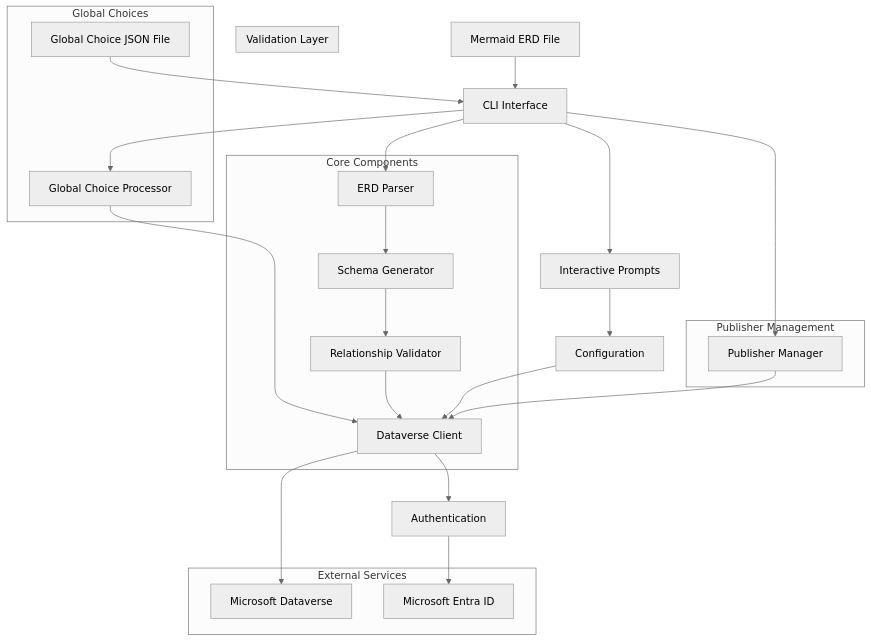
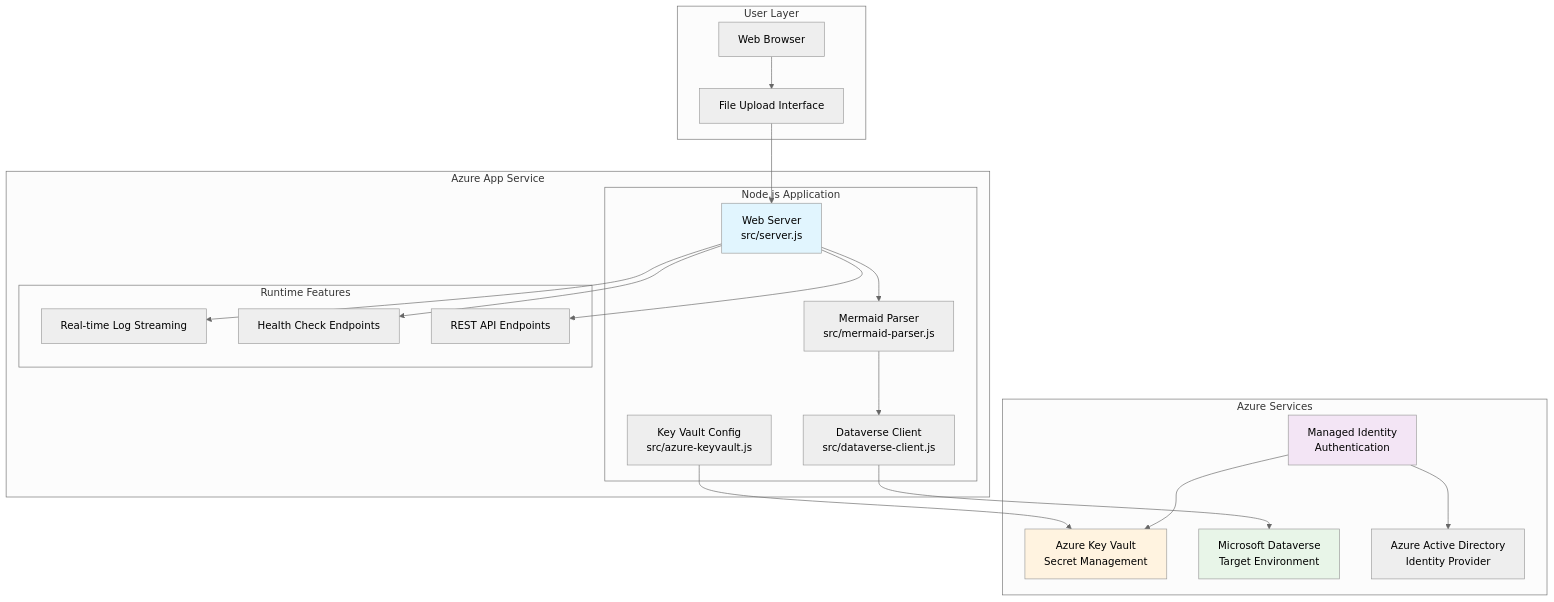
One commit to LuiseFreese/mermaid changed the first of 8 diagrams in docs/DEVELOPER.md. Above: the diagram before and after it, drawn with Mermaid (neutral theme). The commit also changed other lines of this file and 37 other files, not shown here.

Commit message:
:sparkles: introduces first draft of new approach as an Azure web app

````diff
--- a/docs/DEVELOPER.md
+++ b/docs/DEVELOPER.md
@@ -31,47 +31,47 @@
 ```mermaid
 graph TB
-    A[Mermaid ERD File] --> B[CLI Interface]
-    L[Global Choice JSON File] --> B
-    B --> C[ERD Parser]
-    C --> D[Schema Generator]
-    D --> E[Relationship Validator]
-    E --> F[Dataverse Client]
-    F --> G[Microsoft Dataverse]
-    
-    B --> H[Interactive Prompts]
-    H --> I[Configuration]
-    I --> F
-    
-    F --> J[Authentication]
-    J --> K[Microsoft Entra ID]
-    
-    subgraph "Core Components"
-        C
-        D
-        E
-        F
+    subgraph "User Layer"
+        USER[Web Browser]
+        UPLOAD[File Upload Interface]
     end
     
-    subgraph "External Services"
-        G
-        K
+    subgraph "Azure App Service"
+        subgraph "Node.js Application"
+            SERVER[Web Server<br/>src/server.js]
+            PARSER[Mermaid Parser<br/>src/mermaid-parser.js]
+            CLIENT[Dataverse Client<br/>src/dataverse-client.js]
+            VAULT[Key Vault Config<br/>src/azure-keyvault.js]
+        end
+        
+        subgraph "Runtime Features"
+            LOGS[Real-time Log Streaming]
+            HEALTH[Health Check Endpoints]
+            API[REST API Endpoints]
+        end
     end
     
-    subgraph "Validation Layer"
-        E
+    subgraph "Azure Services"
+        KV[Azure Key Vault<br/>Secret Management]
+        MI[Managed Identity<br/>Authentication]
+        DV[Microsoft Dataverse<br/>Target Environment]
+        AAD[Azure Active Directory<br/>Identity Provider]
     end
     
-    subgraph "Global Choices"
-        L
-        M[Global Choice Processor]
-    end
+    USER --> UPLOAD
+    UPLOAD --> SERVER
+    SERVER --> PARSER
+    PARSER --> CLIENT
+    SERVER --> LOGS
+    SERVER --> HEALTH
+    SERVER --> API
     
-    subgraph "Publisher Management"
-        N[Publisher Manager]
-    end
+    VAULT --> KV
+    MI --> KV
+    MI --> AAD
+    CLIENT --> DV
     
-    B --> M
-    M --> F
-    B --> N
-    N --> F
+    style SERVER fill:#e1f5fe
+    style KV fill:#fff3e0
+    style MI fill:#f3e5f5
+    style DV fill:#e8f5e8
 ```
````
